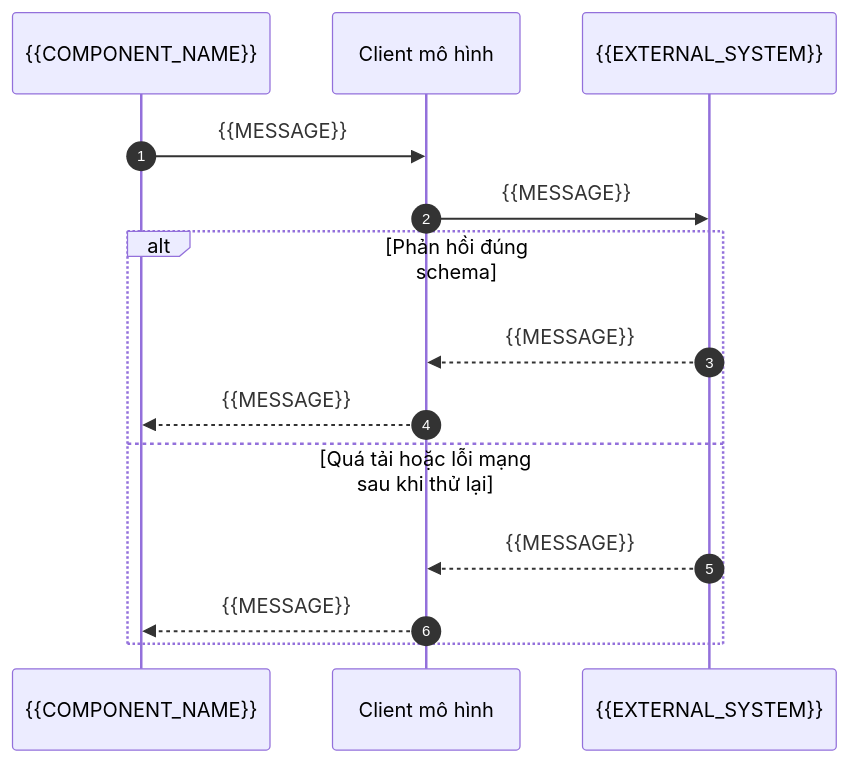
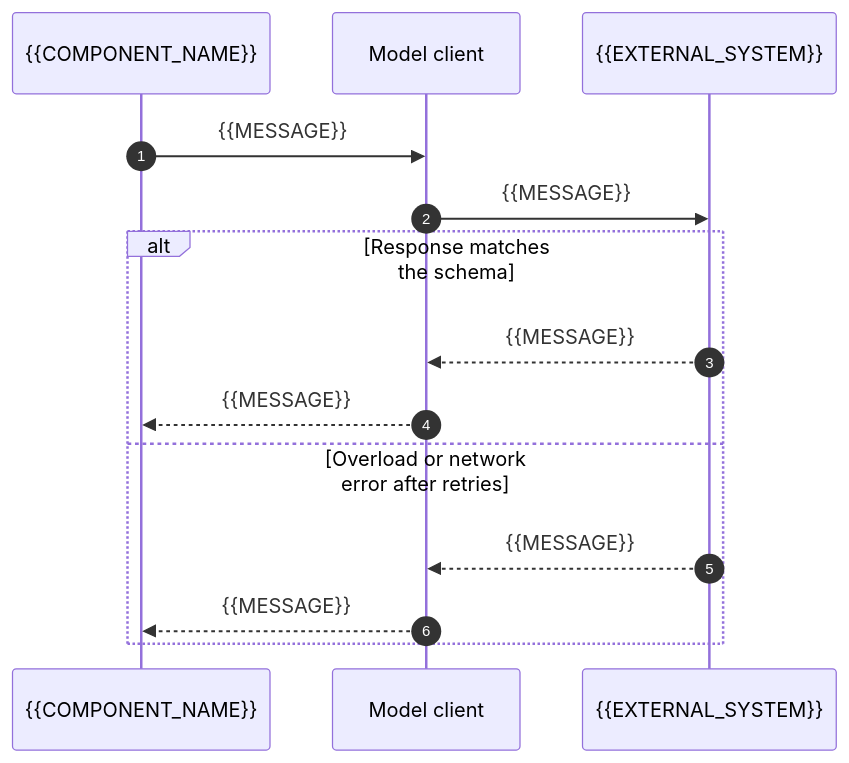
One commit to vuquoctrungbk/specflow changed the third of 3 diagrams in skills/specflow/assets/kit/overlays/ai-llm-app/architecture-sections.md. Above: the diagram before and after it, drawn with Mermaid. The commit also changed other lines of this file and 100 other files, not shown here.

````diff
--- a/skills/specflow/assets/kit/overlays/ai-llm-app/architecture-sections.md
+++ b/skills/specflow/assets/kit/overlays/ai-llm-app/architecture-sections.md
@@ -47,16 +47,16 @@
 ```mermaid
 sequenceDiagram
     autonumber
     participant S as {{COMPONENT_NAME}}
-    participant C as Client mô hình
+    participant C as Model client
     participant L as {{EXTERNAL_SYSTEM}}
     S->>C: {{MESSAGE}}
     C->>L: {{MESSAGE}}
-    alt Phản hồi đúng schema
+    alt Response matches the schema
         L-->>C: {{MESSAGE}}
         C-->>S: {{MESSAGE}}
-    else Quá tải hoặc lỗi mạng sau khi thử lại
+    else Overload or network error after retries
         L-->>C: {{MESSAGE}}
         C-->>S: {{MESSAGE}}
     end
 ```
````
